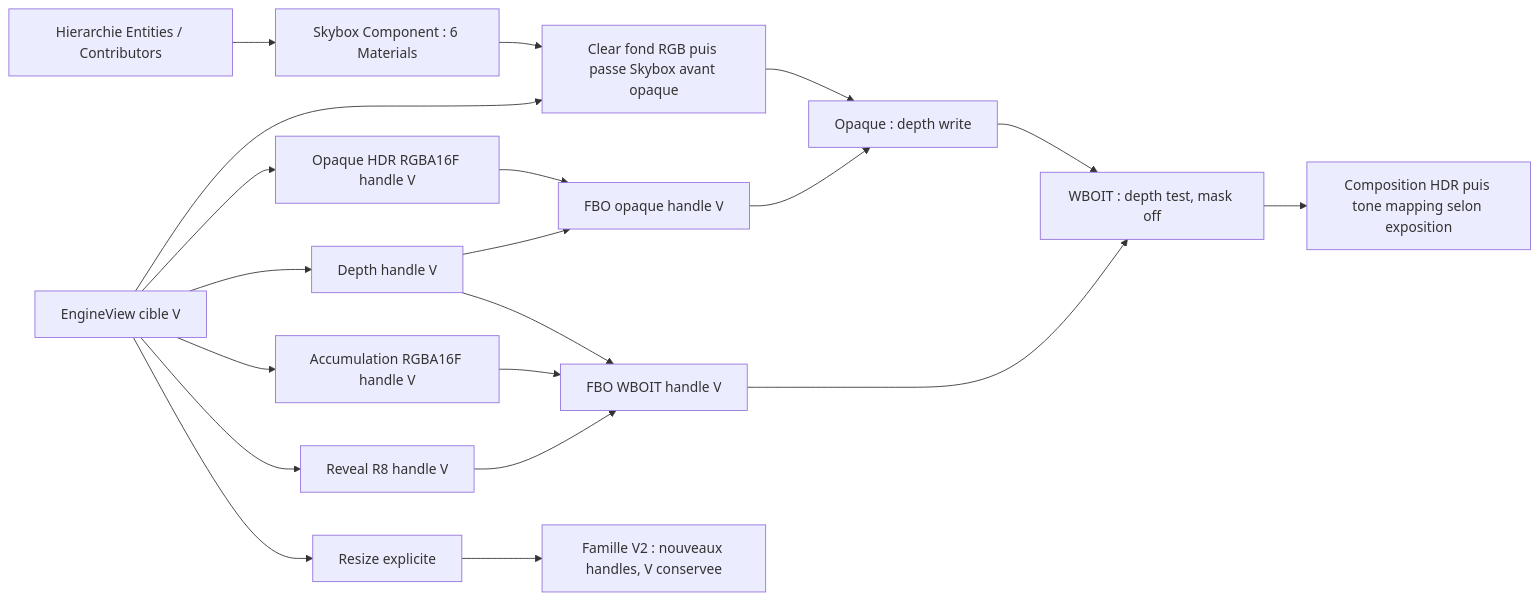
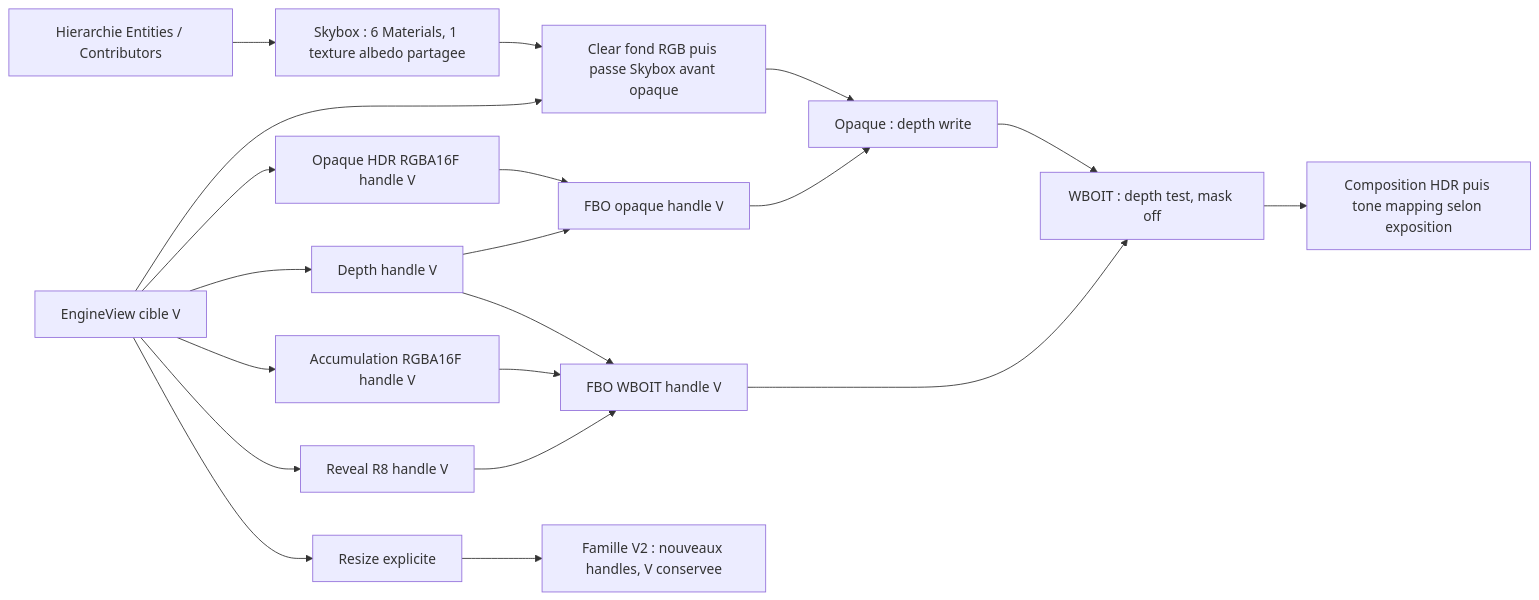
Before and after one commit to EreliaStudio/Sparkle: the third of 7 diagrams in docs/voxel-engine-v0.1.4/09-pipeline-gpu-transparence.md, drawn with Mermaid. The commit also changed other lines of this file and 5 other files, not shown here.

Commit message:
docs(v0.1.4): require shared Skybox albedo across six materials without special locking

````diff
--- a/docs/voxel-engine-v0.1.4/09-pipeline-gpu-transparence.md
+++ b/docs/voxel-engine-v0.1.4/09-pipeline-gpu-transparence.md
@@ -94,22 +94,22 @@
 ```mermaid
 flowchart LR
   View["EngineView cible V"] --> OpaqueColor["Opaque HDR RGBA16F handle V"]
-  Scene["Hierarchie Entities / Contributors"] --> Skybox["Skybox Component : 6 Materials"]
+  Scene["Hierarchie Entities / Contributors"] --> Skybox["Skybox : 6 Materials, 1 texture albedo partagee"]
   Skybox --> Background
   View --> Background["Clear fond RGB puis passe Skybox avant opaque"]
   Background --> DrawOpaque
   View --> Depth["Depth handle V"]
   View --> Accum["Accumulation RGBA16F handle V"]
   View --> Reveal["Reveal R8 handle V"]
   OpaqueColor --> FBOOpaque["FBO opaque handle V"]
   Depth --> FBOOpaque
   Depth --> FBOWBOIT["FBO WBOIT handle V"]
   Accum --> FBOWBOIT
   Reveal --> FBOWBOIT
   FBOOpaque --> DrawOpaque["Opaque : depth write"]
   DrawOpaque --> DrawWBOIT["WBOIT : depth test, mask off"]
   FBOWBOIT --> DrawWBOIT
   DrawWBOIT --> Compose["Composition HDR puis tone mapping selon exposition"]
   View --> Resize["Resize explicite"]
   Resize --> V2["Famille V2 : nouveaux handles, V conservee"]
 ```
````
